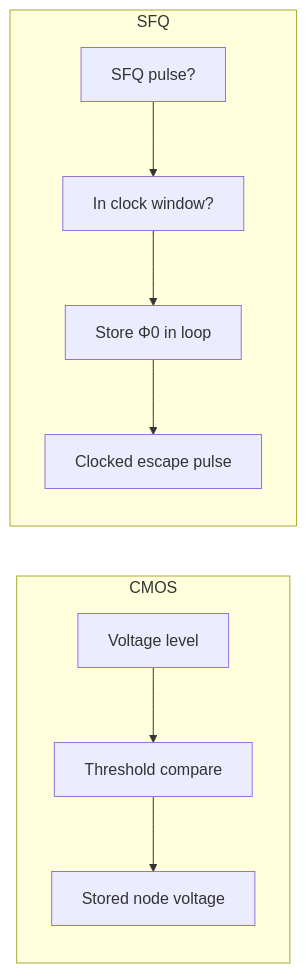
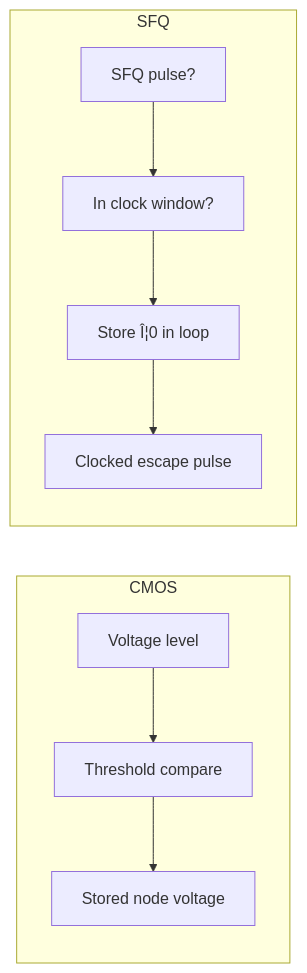
The first of 2 diagrams in docs/concepts/cmos-vs-sfq.md (Single-Flux-Quantum/sfq-learn-public), drawn with Mermaid before and after one commit. The commit also changed other lines of this file and 41 other files, not shown here.

````diff
--- a/docs/concepts/cmos-vs-sfq.md
+++ b/docs/concepts/cmos-vs-sfq.md
@@ -56,12 +56,12 @@
 ```mermaid
 flowchart LR
   subgraph CMOS
     Vin[Voltage level] --> Th[Threshold compare]
     Th --> Qcm[Stored node voltage]
   end
   subgraph SFQ
     Pin[SFQ pulse?] --> Win[In clock window?]
-    Win --> Loop[Store Φ0 in loop]
+    Win --> Loop[Store Î¦0 in loop]
     Loop --> Clk[Clocked escape pulse]
   end
 ```
````
